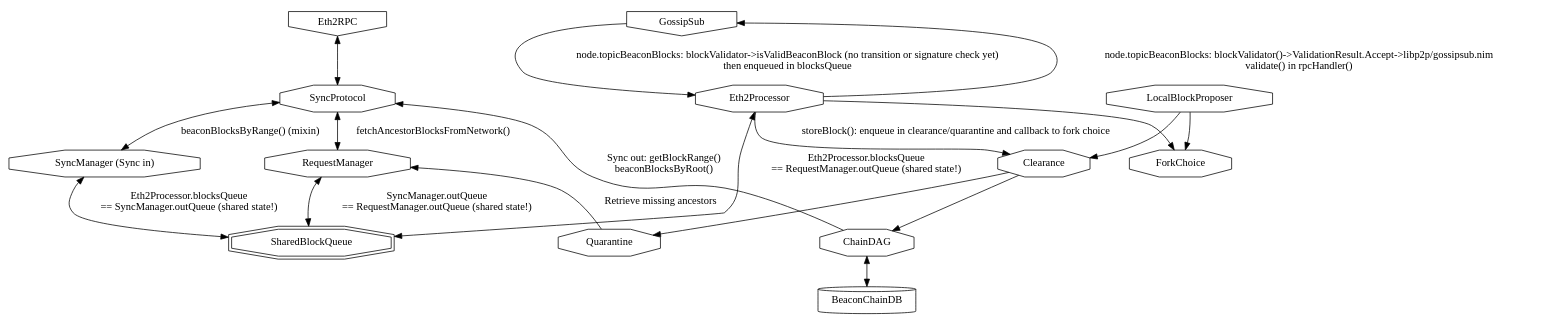
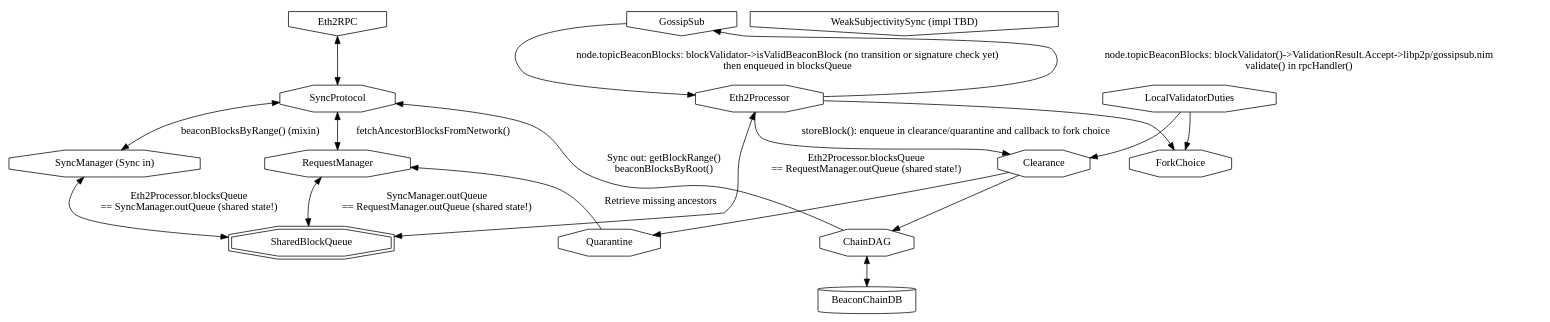
Before and after one commit to status-im/nimbus-eth2: the diagram in docs/block_flow.dot, drawn with Graphviz. The commit also changed 2 other files, not shown here.

Commit message:
LocalBlockProposer -> LocalValidatorDuties +  WeakSubjectivitySync

```diff
--- a/docs/block_flow.dot
+++ b/docs/block_flow.dot
@@ -1,37 +1,40 @@
 digraph architecture{
-  node [shape = invhouse]; Eth2RPC GossipSub;
+  node [shape = invhouse]; Eth2RPC GossipSub WeakSubjectivitySync;
   node [shape = octagon]; SyncManager SyncProtocol RequestManager;
   SyncManager [label="SyncManager (Sync in)"];
   node [shape = doubleoctagon] SharedBlockQueue;
   {rank = same; SyncManager RequestManager;}
+  {rank = same; Eth2RPC GossipSub WeakSubjectivitySync;}
+
+  WeakSubjectivitySync [label="WeakSubjectivitySync (impl TBD)"];
 
   node [shape = octagon]; Eth2Processor RequestManager;
   node [shape = octagon]; ChainDAG Quarantine Clearance;
 
   Eth2RPC -> SyncProtocol [dir=both]
   SyncProtocol -> SyncManager [dir=both, label="beaconBlocksByRange() (mixin)"]
 
   GossipSub -> Eth2Processor [label="node.topicBeaconBlocks: blockValidator->isValidBeaconBlock (no transition or signature check yet)\nthen enqueued in blocksQueue"];
   GossipSub -> Eth2Processor [dir=back, label="node.topicBeaconBlocks: blockValidator()->ValidationResult.Accept->libp2p/gossipsub.nim\nvalidate() in rpcHandler()"];
 
   Eth2Processor -> Clearance [label="storeBlock(): enqueue in clearance/quarantine and callback to fork choice"];
   SyncProtocol -> RequestManager [dir=both, label="fetchAncestorBlocksFromNetwork()"];
 
   SyncManager -> SharedBlockQueue [dir=both, label="Eth2Processor.blocksQueue\n== SyncManager.outQueue (shared state!)"];
   Eth2Processor -> SharedBlockQueue [dir=both, label="Eth2Processor.blocksQueue\n== RequestManager.outQueue (shared state!)"];
   SharedBlockQueue -> RequestManager [dir=both, label="SyncManager.outQueue\n== RequestManager.outQueue (shared state!)"];
 
-  LocalBlockProposer -> Clearance
+  LocalValidatorDuties -> Clearance
 
   RequestManager -> Quarantine [dir=back, label="Retrieve missing ancestors"]
   Clearance -> Quarantine
   Clearance -> ChainDAG
 
   Eth2Processor -> ForkChoice
-  LocalBlockProposer -> ForkChoice
+  LocalValidatorDuties -> ForkChoice
 
   node [shape = cylinder]; BeaconChainDB;
   ChainDAG -> BeaconChainDB [dir=both]
 
   SyncProtocol -> ChainDAG [dir=back, label="Sync out: getBlockRange()\nbeaconBlocksByRoot()\n"]
 }
```
